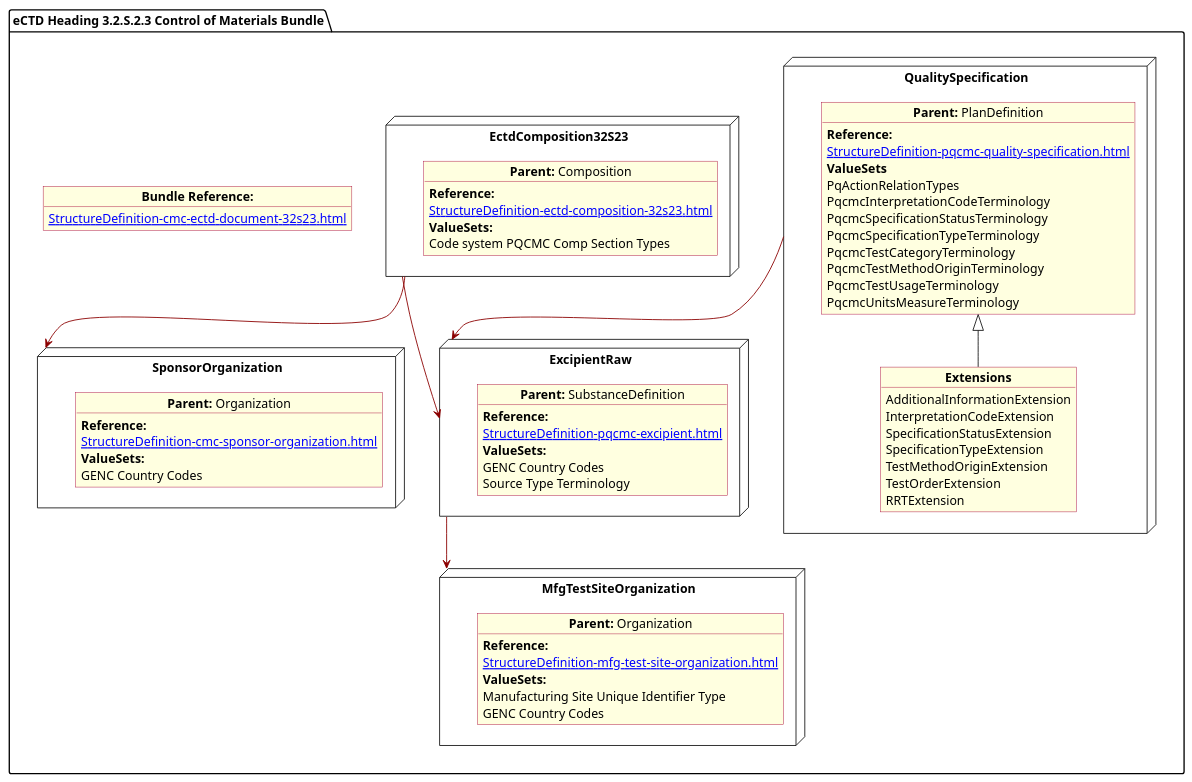
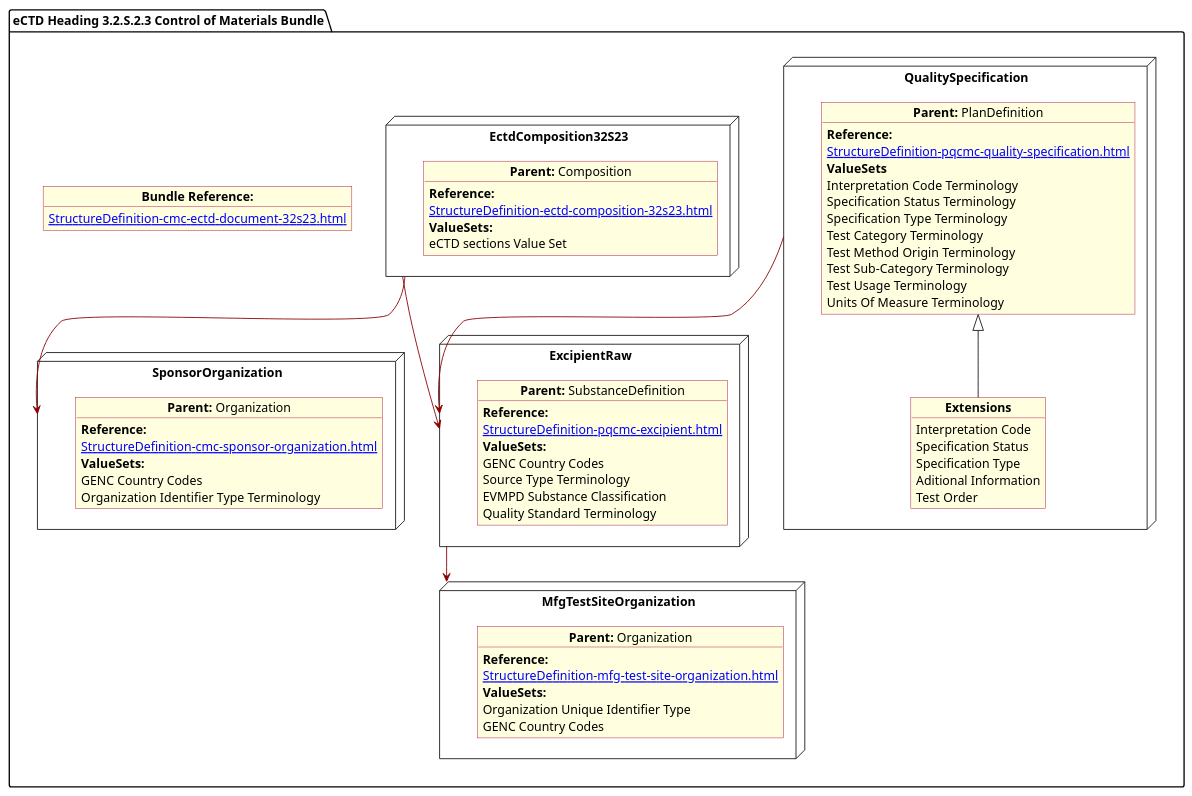
The diagram in input/images-source/SubstanceControlMat.plantuml (HL7/FHIR-us-pq-cmc-fda), drawn with PlantUML before and after one commit. The commit also changed 41 other files, not shown here.

Commit message:
PlantUML and specifcation

```diff
--- a/input/images-source/SubstanceControlMat.plantuml
+++ b/input/images-source/SubstanceControlMat.plantuml
@@ -1,83 +1,91 @@
 @startuml SubstanceControlMat
 allowmixing
 'Mixed model of use case and object
 skinparam svgDimensionStyle false
 skinparam ObjectBackgroundColor LightYellow
 skinparam ObjectBorderColor #A80036
 skinparam activityDiamondBorderColor #A80036
 skinparam activityDiamondBackgroundColor lawnGreen
 skinparam ClassBorderThickness 4
 
 package "eCTD Heading 3.2.S.2.3 Control of Materials Bundle" as NODES {
-object "**Bundle Reference:**" as objbun {
-              [[StructureDefinition-cmc-ectd-document-32s23.html]]
-    }  
-  node "QualitySpecification" as N2 { 
-      object "**Parent:** PlanDefinition" as obj2 {
-          **Reference:**
-      [[StructureDefinition-pqcmc-quality-specification.html]]
-        **ValueSets**
-        PqActionRelationTypes
-        PqcmcInterpretationCodeTerminology
-        PqcmcSpecificationStatusTerminology
-        PqcmcSpecificationTypeTerminology
-        PqcmcTestCategoryTerminology
-        PqcmcTestMethodOriginTerminology
-        PqcmcTestUsageTerminology
-        PqcmcUnitsMeasureTerminology
+    object "**Bundle Reference:**" as objbun {
+        [[StructureDefinition-cmc-ectd-document-32s23.html]]
     }
+
+    node "QualitySpecification" as N2 {
+
+        object "**Parent:** PlanDefinition" as obj2 {
+            **Reference:**
+            [[StructureDefinition-pqcmc-quality-specification.html]]
+            **ValueSets**
+            Interpretation Code Terminology
+            Specification Status Terminology
+            Specification Type Terminology
+            Test Category Terminology
+            Test Method Origin Terminology
+            Test Sub-Category Terminology
+            Test Usage Terminology
+            Units Of Measure Terminology
+        }
         object "**Extensions**" as objQSEx {
-        AdditionalInformationExtension
-        InterpretationCodeExtension
-        SpecificationStatusExtension
-        SpecificationTypeExtension
-        TestMethodOriginExtension
-        TestOrderExtension
-        RRTExtension
+            Interpretation Code
+            Specification Status
+            Specification Type
+            Aditional Information
+            Test Order
+        }
+        obj2 <|-- objQSEx
     }
-    obj2 <|-- objQSEx
-}
-  node "EctdComposition32S23" as N1 { 
-      object "**Parent:** Composition" as obj1 {
-          **Reference:**
-      [[StructureDefinition-ectd-composition-32s23.html]]
-      **ValueSets:**
-  Code system PQCMC Comp Section Types
+    node "EctdComposition32S23" as N1 {
+
+        object "**Parent:** Composition" as obj1 {
+            **Reference:**
+            [[StructureDefinition-ectd-composition-32s23.html]]
+            **ValueSets:**
+            eCTD sections Value Set
+        }
     }
-}
 
- node "SponsorOrganization" as NSO { 
-      object "**Parent:** Organization" as objAu {
-       **Reference:**
-      [[StructureDefinition-cmc-sponsor-organization.html]]
-        **ValueSets:**
-        GENC Country Codes
+    node "SponsorOrganization" as NSO {
+
+        object "**Parent:** Organization" as objAu {
+            **Reference:**
+            [[StructureDefinition-cmc-sponsor-organization.html]]
+            **ValueSets:**
+            GENC Country Codes
+            Organization Identifier Type Terminology
+        }
     }
-} 
-  node "ExcipientRaw" as N21 { 
-      object "**Parent:** SubstanceDefinition" as obj22 {
-          **Reference:**
-      [[StructureDefinition-pqcmc-excipient.html]]
-        **ValueSets:**
-          GENC Country Codes
-          Source Type Terminology
+
+    node "ExcipientRaw" as N21 {
+
+        object "**Parent:** SubstanceDefinition" as obj22 {
+            **Reference:**
+            [[StructureDefinition-pqcmc-excipient.html]]
+            **ValueSets:**
+            GENC Country Codes
+            Source Type Terminology
+            EVMPD Substance Classification
+            Quality Standard Terminology
+        }
     }
-}
-node "MfgTestSiteOrganization" as N21mfg { 
-    object "**Parent:** Organization" as objTS  {
-        **Reference:**
-      [[StructureDefinition-mfg-test-site-organization.html]]
-        **ValueSets:**
-         Manufacturing Site Unique Identifier Type
-         GENC Country Codes
+    node "MfgTestSiteOrganization" as N21mfg {
+
+        object "**Parent:** Organization" as objTS  {
+            **Reference:**
+            [[StructureDefinition-mfg-test-site-organization.html]]
+            **ValueSets:**
+            Organization Unique Identifier Type
+            GENC Country Codes
+        }
     }
-}
 
- 
 
-N1 -[#darkred]-> N21
-N2 -[#darkred]-> N21
-N1 -[#darkred]-> NSO
-N21 -[#darkred]-> N21mfg
+
+    N1 -[#darkred]-> N21
+    N2 -[#darkred]-> N21
+    N1 -[#darkred]-> NSO
+    N21 -[#darkred]-> N21mfg
 }
 @enduml
```
